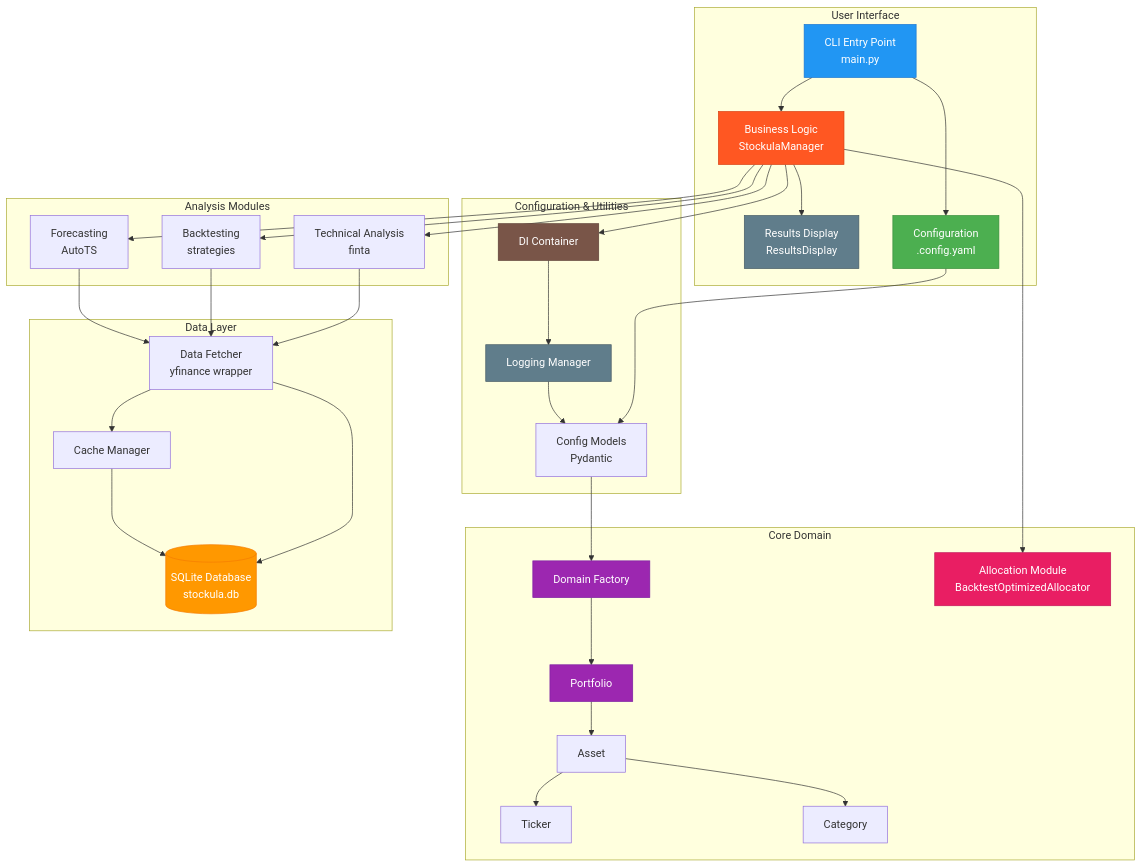
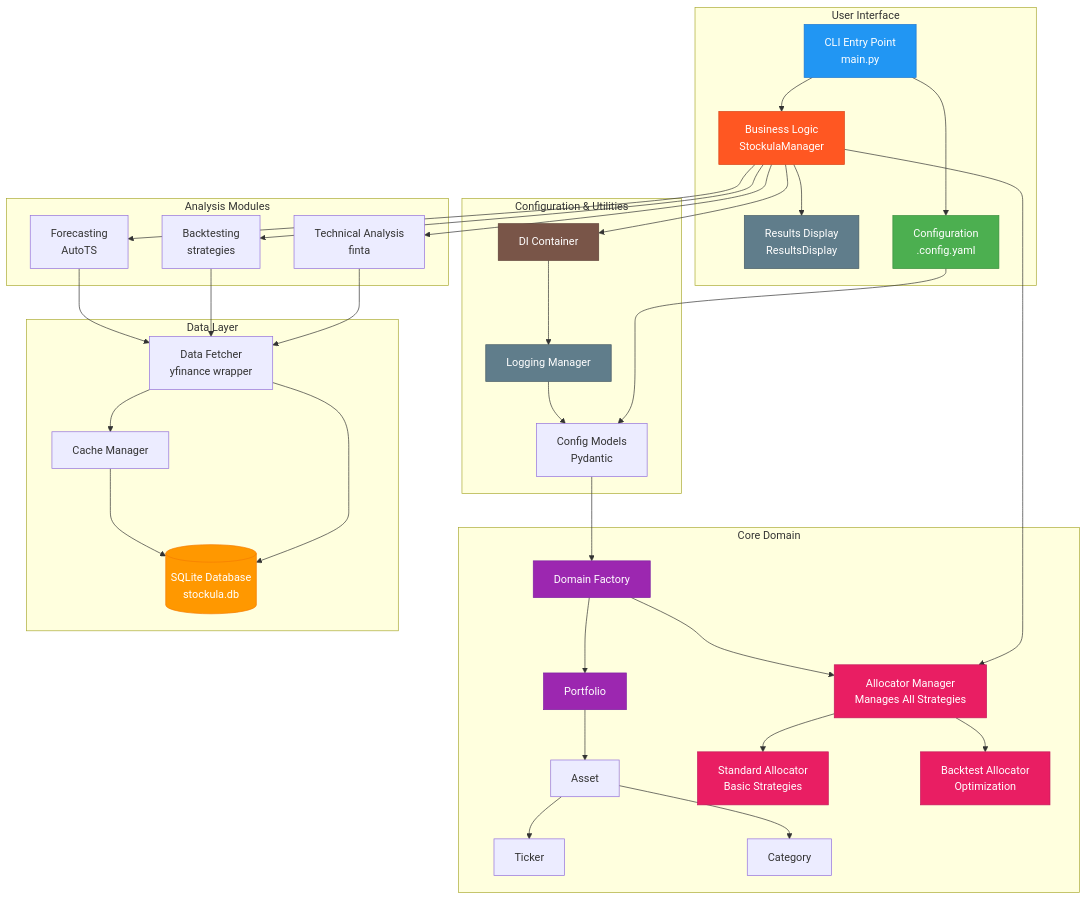
Before and after one commit to mkm29/stockula: the first of 2 diagrams in docs/user-guide/architecture.md, drawn with Mermaid. The commit also changed other lines of this file and 12 other files, not shown here.

First line of the commit message:
Refactor allocation management in DomainFactory and StockulaManager

````diff
--- a/docs/user-guide/architecture.md
+++ b/docs/user-guide/architecture.md
@@ -7,74 +7,81 @@
 ```mermaid
 graph TB
     subgraph "User Interface"
         CLI[CLI Entry Point<br/>main.py]
         Manager[Business Logic<br/>StockulaManager]
         Display[Results Display<br/>ResultsDisplay]
         Config[Configuration<br/>.config.yaml]
     end
 
     subgraph "Core Domain"
         Factory[Domain Factory]
         Portfolio[Portfolio]
         Asset[Asset]
         Ticker[Ticker]
         Category[Category]
-        Allocator[Allocation Module<br/>BacktestOptimizedAllocator]
+        AllocatorManager[Allocator Manager<br/>Manages All Strategies]
+        Allocator[Standard Allocator<br/>Basic Strategies]
+        BacktestAllocator[Backtest Allocator<br/>Optimization]
     end
 
     subgraph "Data Layer"
         Fetcher[Data Fetcher<br/>yfinance wrapper]
         DB[(SQLite Database<br/>stockula.db)]
         Cache[Cache Manager]
     end
 
     subgraph "Analysis Modules"
         TA[Technical Analysis<br/>finta]
         BT[Backtesting<br/>strategies]
         FC[Forecasting<br/>AutoTS]
     end
 
     subgraph "Configuration & Utilities"
         Models[Config Models<br/>Pydantic]
         LogManager[Logging Manager]
         Container[DI Container]
     end
 
     CLI --> Manager
     CLI --> Config
     Manager --> Display
     Manager --> Container
     Config --> Models
     Models --> Factory
     Factory --> Portfolio
     Portfolio --> Asset
     Asset --> Ticker
     Asset --> Category
-    Manager --> Allocator
+    Manager --> AllocatorManager
+    AllocatorManager --> Allocator
+    AllocatorManager --> BacktestAllocator
+    Factory --> AllocatorManager
 
     Manager --> TA
     Manager --> BT
     Manager --> FC
 
     TA --> Fetcher
     BT --> Fetcher
     FC --> Fetcher
 
     Fetcher --> DB
     Fetcher --> Cache
     Cache --> DB
 
     Container --> LogManager
     LogManager --> Models
 
     style CLI fill:#2196F3,stroke:#1976D2,color:#fff
     style Manager fill:#FF5722,stroke:#D84315,color:#fff
     style Display fill:#607D8B,stroke:#455A64,color:#fff
     style Config fill:#4CAF50,stroke:#388E3C,color:#fff
     style DB fill:#FF9800,stroke:#F57C00,color:#fff
     style Portfolio fill:#9C27B0,stroke:#7B1FA2,color:#fff
     style Factory fill:#9C27B0,stroke:#7B1FA2,color:#fff
     style LogManager fill:#607D8B,stroke:#455A64,color:#fff
     style Container fill:#795548,stroke:#5D4037,color:#fff
+    style AllocatorManager fill:#E91E63,stroke:#C2185B,color:#fff
     style Allocator fill:#E91E63,stroke:#C2185B,color:#fff
+    style BacktestAllocator fill:#E91E63,stroke:#C2185B,color:#fff
 ```
````
